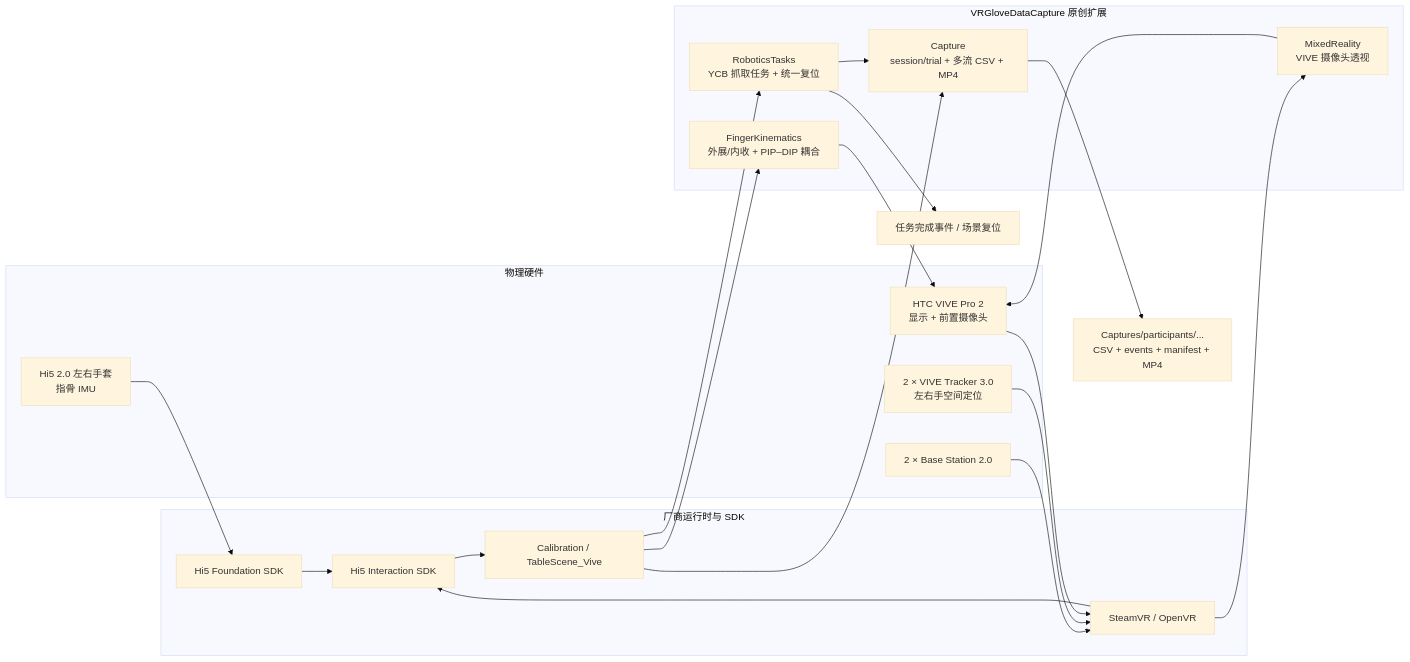
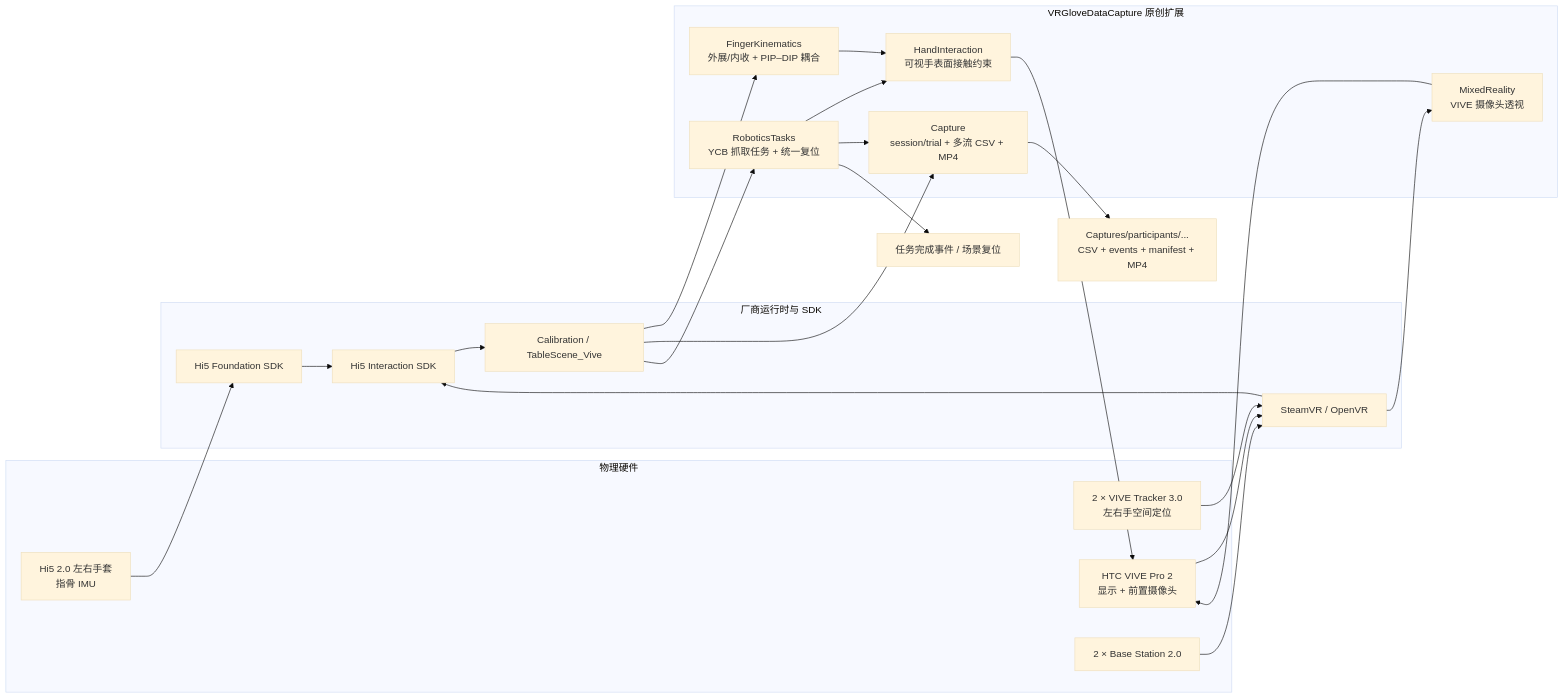
One commit to YushuoWang29/vr-glove-data-capture changed the diagram in README.md. Above: the diagram before and after it, drawn with Mermaid (base theme). The commit also changed other lines of this file and 11 other files, not shown here.

Commit message:
feat: add adaptive visual hand contact

````diff
--- a/README.md
+++ b/README.md
@@ -39,40 +40,43 @@
 ```mermaid
 flowchart LR
     subgraph Hardware["物理硬件"]
         Gloves["Hi5 2.0 左右手套<br/>指骨 IMU"]
         Trackers["2 × VIVE Tracker 3.0<br/>左右手空间定位"]
         HMD["HTC VIVE Pro 2<br/>显示 + 前置摄像头"]
         Base["2 × Base Station 2.0"]
     end
 
     subgraph Vendor["厂商运行时与 SDK"]
         SteamVR["SteamVR / OpenVR"]
         Foundation["Hi5 Foundation SDK"]
         Interaction["Hi5 Interaction SDK"]
         Scenes["Calibration / TableScene_Vive"]
     end
 
     subgraph Project["VRGloveDataCapture 原创扩展"]
         Finger["FingerKinematics<br/>外展/内收 + PIP–DIP 耦合"]
+        Contact["HandInteraction<br/>可视手表面接触约束"]
         MR["MixedReality<br/>VIVE 摄像头透视"]
         Capture["Capture<br/>session/trial + 多流 CSV + MP4"]
         Tasks["RoboticsTasks<br/>YCB 抓取任务 + 统一复位"]
     end
 
     Base --> SteamVR
     Trackers --> SteamVR
     HMD --> SteamVR
     Gloves --> Foundation
     Foundation --> Interaction
     SteamVR --> Interaction
     Interaction --> Scenes
     Scenes --> Finger
+    Finger --> Contact
+    Tasks --> Contact
     SteamVR --> MR
     Scenes --> Capture
     Scenes --> Tasks
-    Finger --> HMD
+    Contact --> HMD
     MR --> HMD
     Capture --> Dataset["Captures/participants/...<br/>CSV + events + manifest + MP4"]
     Tasks --> Capture
     Tasks --> Demo["任务完成事件 / 场景复位"]
 ```
````
